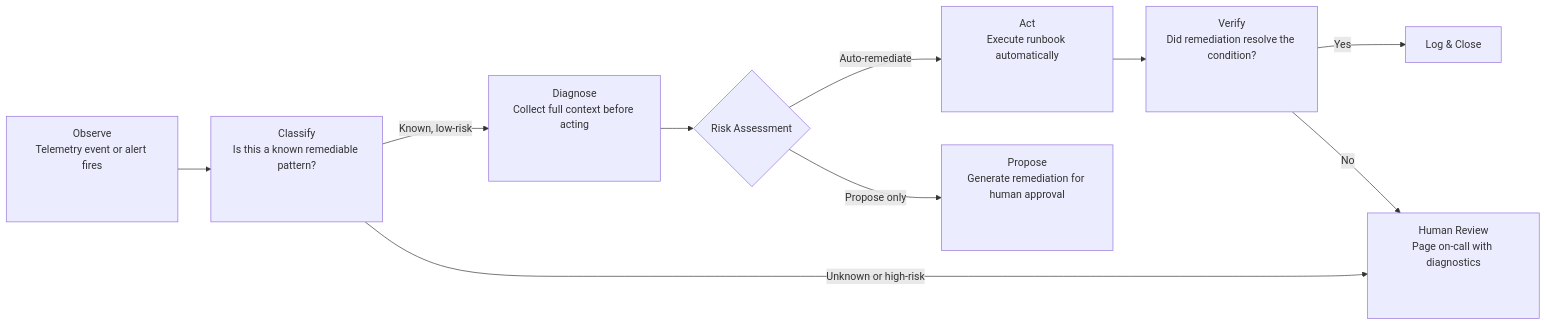
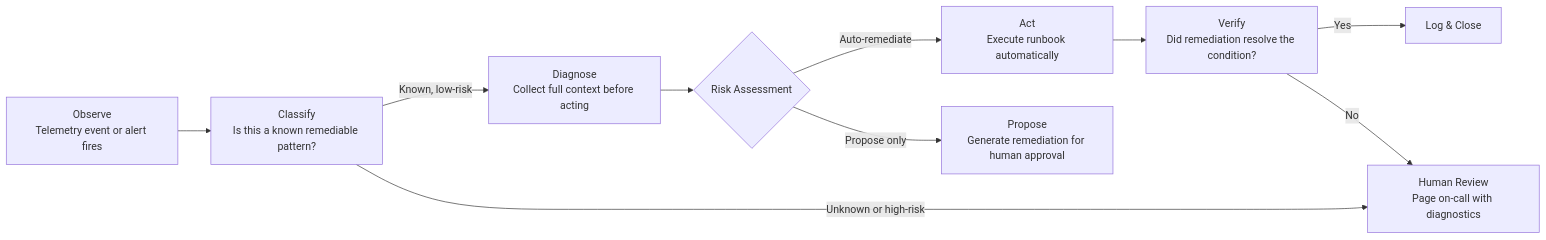
The fourth of 4 diagrams in 08-operations-automation/chapter.md (ppklau/network_automation_handbook), drawn with Mermaid before and after one commit. The commit also changed other lines of this file and 9 other files, not shown here.

Commit message:
Updated Mermaid charts.

````diff
--- a/08-operations-automation/chapter.md
+++ b/08-operations-automation/chapter.md
@@ -298,12 +298,12 @@
 ```mermaid
 graph LR
-    OBS["<div style='min-height:130px'>Observe<br>Telemetry event or alert fires</div>"] --> CLASS["<div style='min-height:130px'>Classify<br>Is this a known remediable pattern?</div>"]
-    CLASS -->|"Known, low-risk"| DIAG["<div style='min-height:130px'>Diagnose<br>Collect full context before acting</div>"]
-    CLASS -->|"Unknown or high-risk"| HUMAN["<div style='min-height:130px'>Human Review<br>Page on-call with diagnostics</div>"]
+    OBS["Observe<br>Telemetry event or alert fires"] --> CLASS["Classify<br>Is this a known remediable pattern?"]
+    CLASS -->|"Known, low-risk"| DIAG["Diagnose<br>Collect full context before acting"]
+    CLASS -->|"Unknown or high-risk"| HUMAN["Human Review<br>Page on-call with diagnostics"]
     DIAG --> RISK{"Risk Assessment"}
-    RISK -->|"Auto-remediate"| ACT["<div style='min-height:130px'>Act<br>Execute runbook automatically</div>"]
-    RISK -->|"Propose only"| PROP["<div style='min-height:130px'>Propose<br>Generate remediation for human approval</div>"]
-    ACT --> VERIFY["<div style='min-height:130px'>Verify<br>Did remediation resolve the condition?</div>"]
+    RISK -->|"Auto-remediate"| ACT["Act<br>Execute runbook automatically"]
+    RISK -->|"Propose only"| PROP["Propose<br>Generate remediation for human approval"]
+    ACT --> VERIFY["Verify<br>Did remediation resolve the condition?"]
     VERIFY -->|"Yes"| LOG["Log & Close"]
     VERIFY -->|"No"| HUMAN
 ```
````
